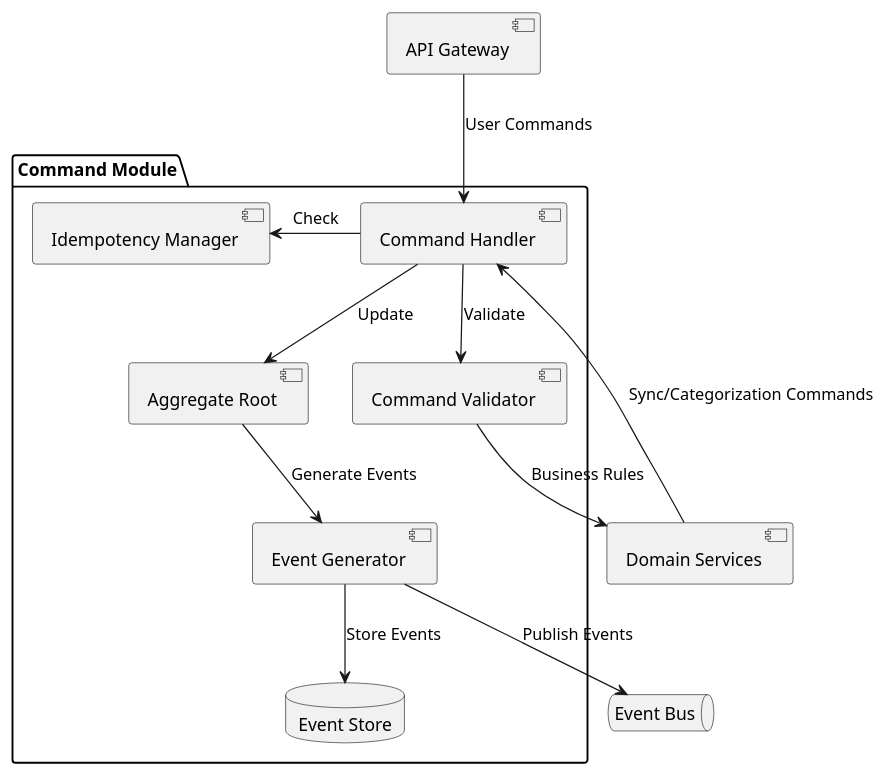
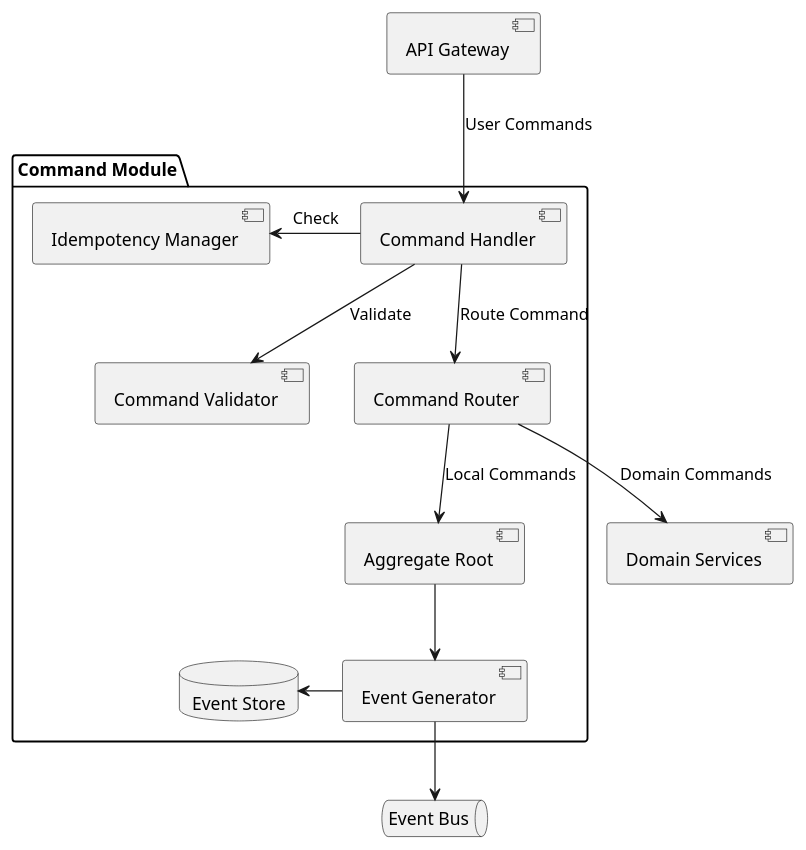
One commit to Osguima3/AI4Devs-finalproject changed the fourth of 9 diagrams in finalproject-OGM/docs/architecture.md. Above: the diagram before and after it, drawn with PlantUML. The commit also changed other lines of this file and 1 other file, not shown here.

````diff
--- a/finalproject-OGM/docs/architecture.md
+++ b/finalproject-OGM/docs/architecture.md
@@ -360,27 +356,32 @@
 ```plantuml
 @startuml
 package "Command Module" {
     [Command Handler]
     [Command Validator]
+    [Command Router]
     [Aggregate Root]
     [Event Generator]
     [Idempotency Manager]
     database "Event Store"
 }
 
 queue "Event Bus"
 
 [API Gateway] --> [Command Handler] : User Commands
-[Domain Services] --> [Command Handler] : Sync/Categorization Commands
 
+' Command flows
 [Command Handler] --> [Command Validator] : Validate
 [Command Handler] -left-> [Idempotency Manager] : Check
+[Command Handler] --> [Command Router] : Route Command
 
-[Command Validator] --> [Domain Services] : Business Rules
+' Domain routing
+[Command Router] --> [Domain Services] : Domain Commands
 
-[Command Handler] --> [Aggregate Root] : Update
-[Aggregate Root] --> [Event Generator] : Generate Events
-[Event Generator] --> [Event Store] : Store Events
-[Event Generator] --> [Event Bus] : Publish Events
+' Event flows
+[Command Router] --> [Aggregate Root] : Local Commands
+[Aggregate Root] --> [Event Generator]
+[Event Generator] -left-> [Event Store]
+[Event Generator] --> [Event Bus]
+
 @enduml
 ```
````
